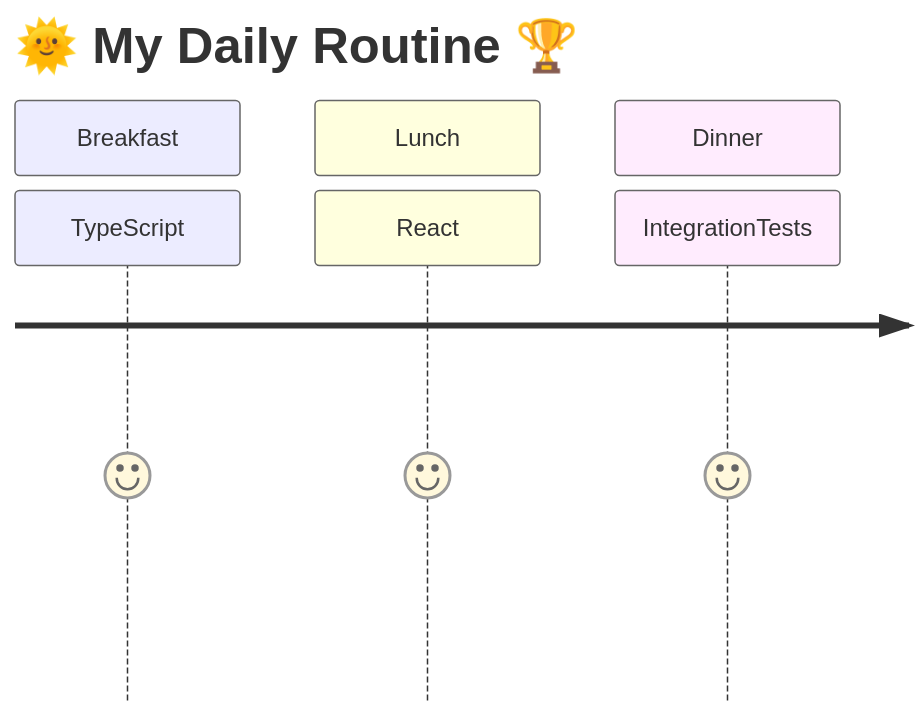
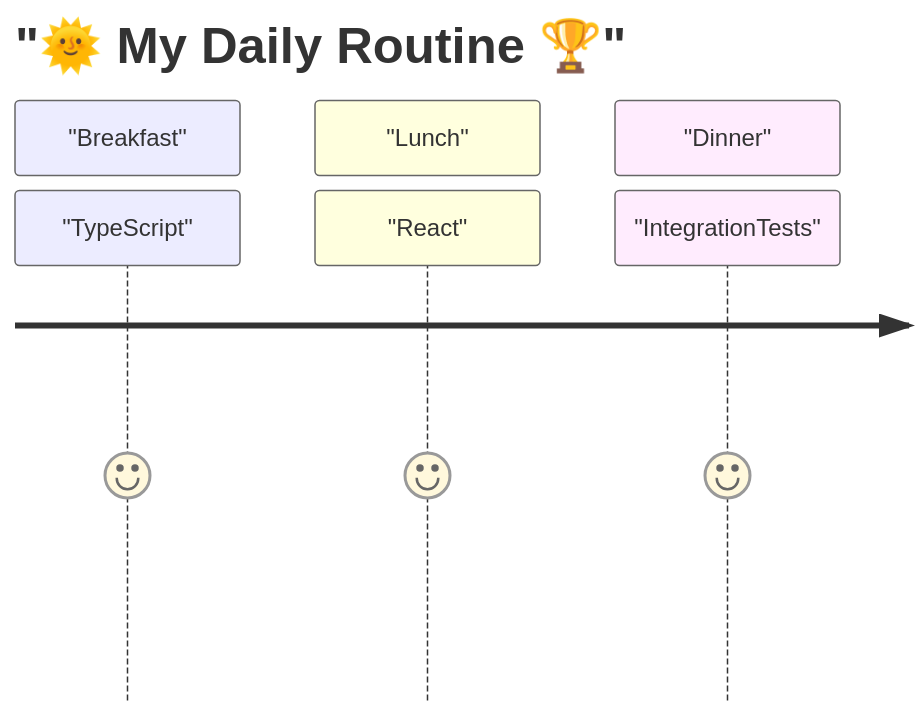
One commit to pH-7/pH-7 changed the diagram in README.md. Above: the diagram before and after it, drawn with Mermaid. The commit also changed other lines of this file, not shown here.

````diff
--- a/README.md
+++ b/README.md
@@ -28,10 +28,10 @@
   ```mermaid
   journey
-    title 🌞 My Daily Routine 🏆
-    section Breakfast
-      TypeScript: 5
-    section Lunch
-      React: 5
-    section Dinner
-      IntegrationTests: 5
+    title "🌞 My Daily Routine 🏆"
+    section "Breakfast"
+      "TypeScript": 5
+    section "Lunch"
+      "React": 5
+    section "Dinner"
+      "IntegrationTests": 5
   ```
````
